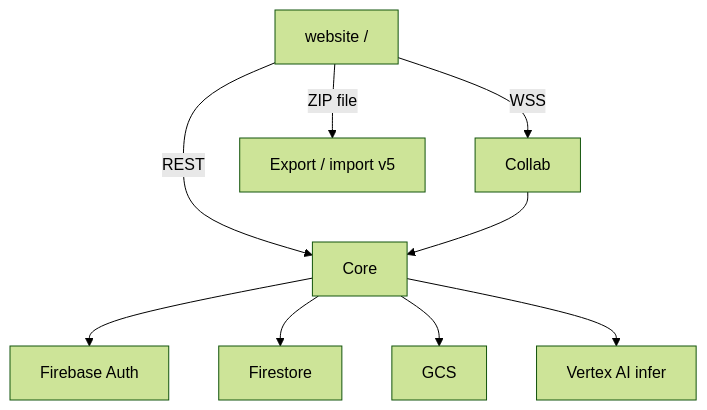
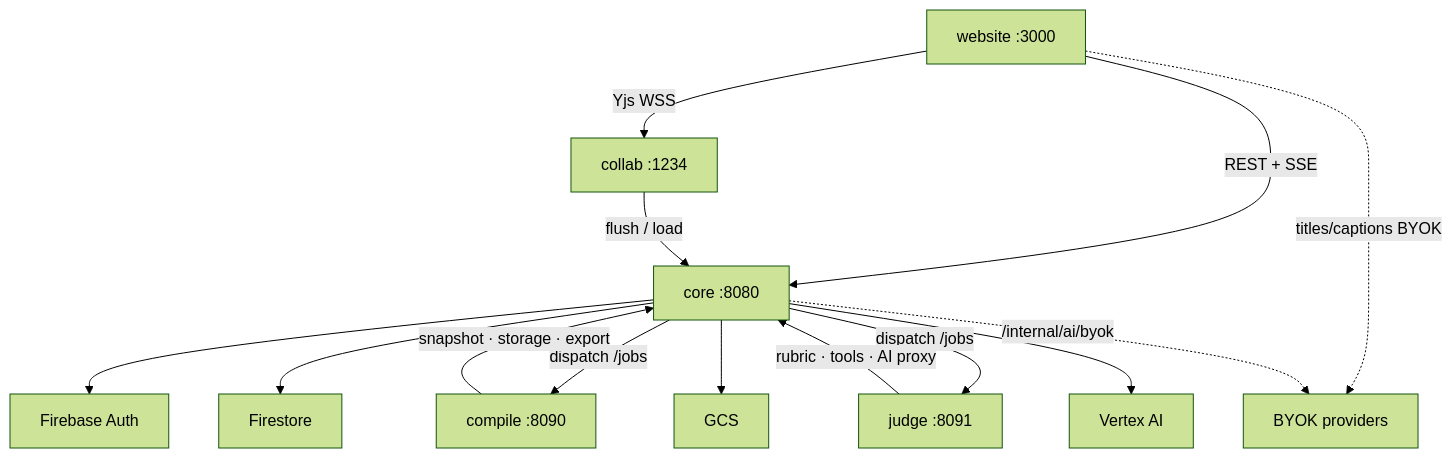
Before and after one commit to msoe-vex/engineering-notebook-editor: the diagram in docs/02-architecture/overview.md, drawn with Mermaid (forest theme). The commit also changed other lines of this file and 64 other files, not shown here.

````diff
--- a/docs/02-architecture/overview.md
+++ b/docs/02-architecture/overview.md
@@ -22,12 +25,27 @@
 ```mermaid
 flowchart TB
-  Client["website /"]
-  Client -->|REST| Core
-  Client -->|WSS| Collab
-  Client -->|ZIP file| Zip["Export / import v5"]
-  Core --> Auth["Firebase Auth"]
-  Core --> FS["Firestore"]
-  Core --> GCS["GCS"]
-  Core --> Vertex["Vertex AI infer"]
-  Collab --> Core
+  Web["website :3000"]
+  Core["core :8080"]
+  Collab["collab :1234"]
+  Compile["compile :8090"]
+  Judge["judge :8091"]
+  Auth["Firebase Auth"]
+  FS["Firestore"]
+  GCS["GCS"]
+  Vertex["Vertex AI"]
+  BYOK["BYOK providers"]
+
+  Web -->|"REST + SSE"| Core
+  Web -->|"Yjs WSS"| Collab
+  Web -.->|"titles/captions BYOK"| BYOK
+  Collab -->|"flush / load"| Core
+  Core -->|"dispatch /jobs"| Compile
+  Core -->|"dispatch /jobs"| Judge
+  Compile -->|"snapshot · storage · export"| Core
+  Judge -->|"rubric · tools · AI proxy"| Core
+  Core --> Auth
+  Core --> FS
+  Core --> GCS
+  Core --> Vertex
+  Core -.->|"/internal/ai/byok"| BYOK
 ```
````
